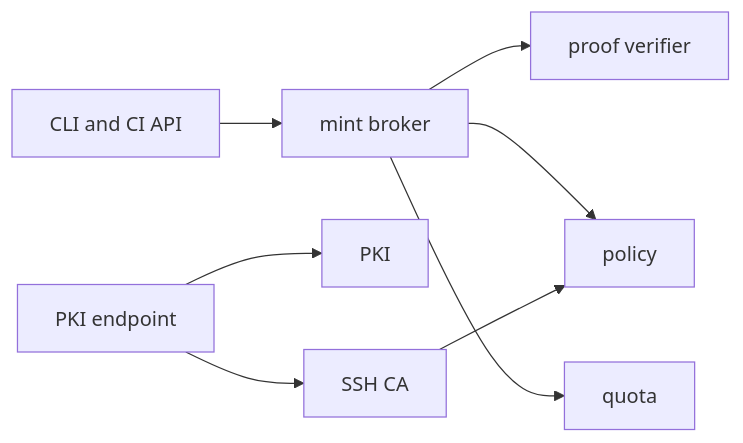
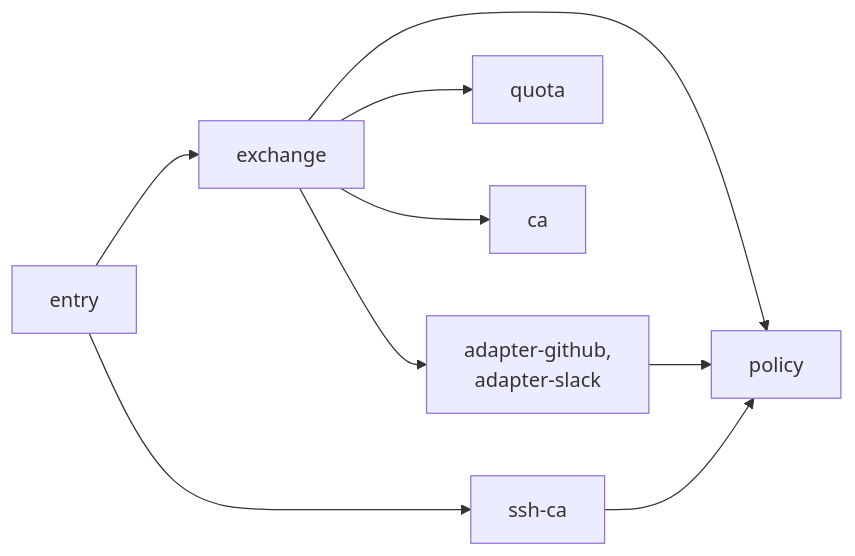
Before and after one commit to truvity/access-roster: the fifth of 9 diagrams in docs/architecture/components.md, drawn with Mermaid. The commit also changed other lines of this file and 11 other files, not shown here.

First line of the commit message:
docs: the architecture pages and the explorers (wave 2)

````diff
--- a/docs/architecture/components.md
+++ b/docs/architecture/components.md
@@ -203,19 +204,11 @@
 ```mermaid
 flowchart LR
-  cli["CLI and CI API"]
-  pkiep["PKI endpoint"]
-  mint["mint broker"]
-  proof["proof verifier"]
-  pol["policy"]
-  quota["quota"]
-  pki["PKI"]
-  ssh["SSH CA"]
-
-  cli --> mint
-  mint --> proof
-  mint --> pol
-  mint --> quota
-  pkiep --> pki
-  pkiep --> ssh
+  entry["entry"] --> xchg["exchange"]
+  entry --> ssh["ssh-ca"]
+  xchg --> pol["policy"]
+  xchg --> q["quota"]
+  xchg --> ca["ca"]
+  xchg --> ad["adapter-github,<br/>adapter-slack"]
   ssh --> pol
+  ad --> pol
 ```
````
